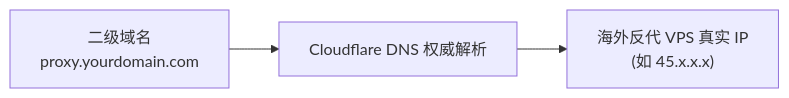
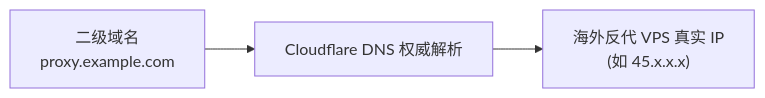
One commit to ponyletter/py310sphinx_knowledge changed the first of 2 diagrams in docs/source/courses/ai_reverse_proxy_and_account_pool/stage5_domain_cloudflare_and_ssl/01_cloudflare_dns_and_subdomain.md. Above: the diagram before and after it, drawn with Mermaid. The commit also changed other lines of this file and 12 other files, not shown here.

````diff
--- a/docs/source/courses/ai_reverse_proxy_and_account_pool/stage5_domain_cloudflare_and_ssl/01_cloudflare_dns_and_subdomain.md
+++ b/docs/source/courses/ai_reverse_proxy_and_account_pool/stage5_domain_cloudflare_and_ssl/01_cloudflare_dns_and_subdomain.md
@@ -21,5 +34,5 @@
 ```mermaid
 flowchart LR
-    Domain["二级域名\nproxy.yourdomain.com"] --> CF["Cloudflare DNS 权威解析"]
+    Domain["二级域名\nproxy.example.com"] --> CF["Cloudflare DNS 权威解析"]
     CF --> VPS["海外反代 VPS 真实 IP\n(如 45.x.x.x)"]
 ```
````
